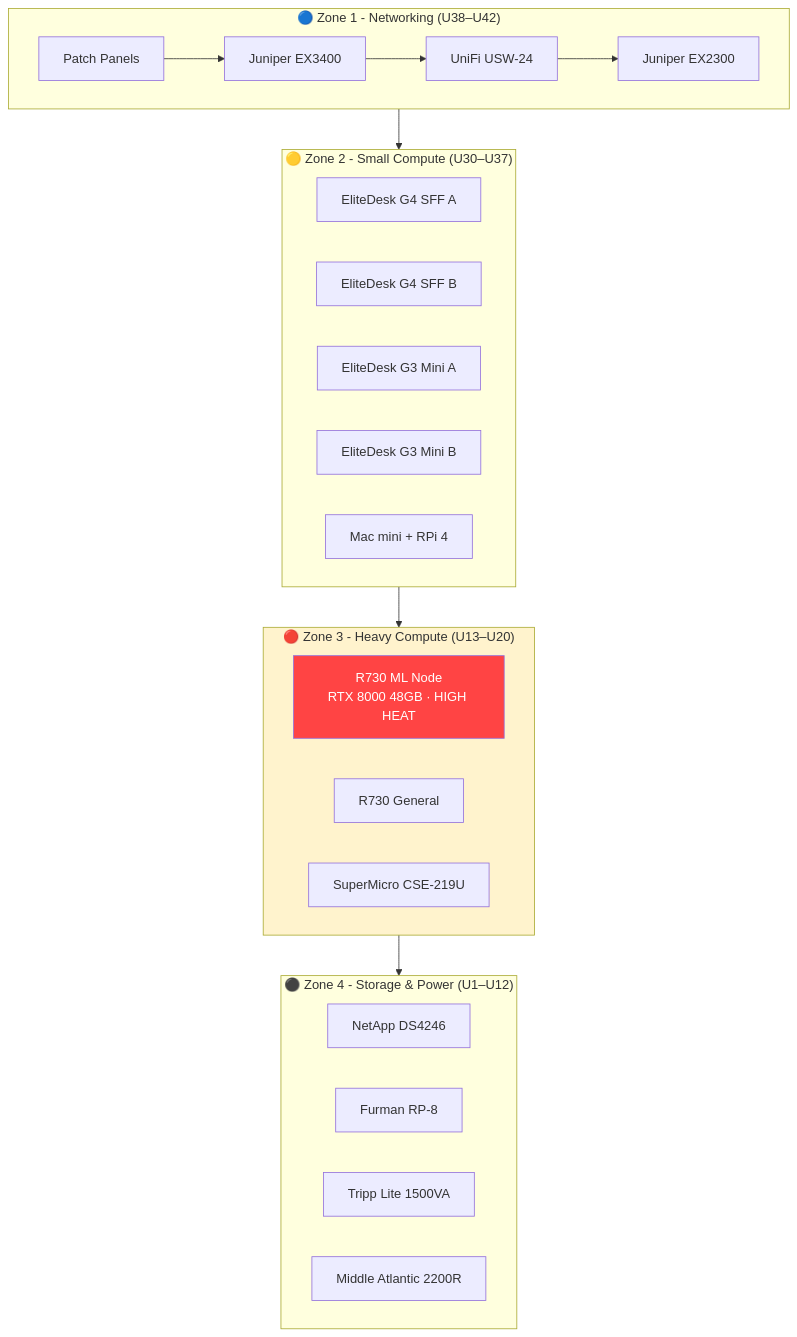
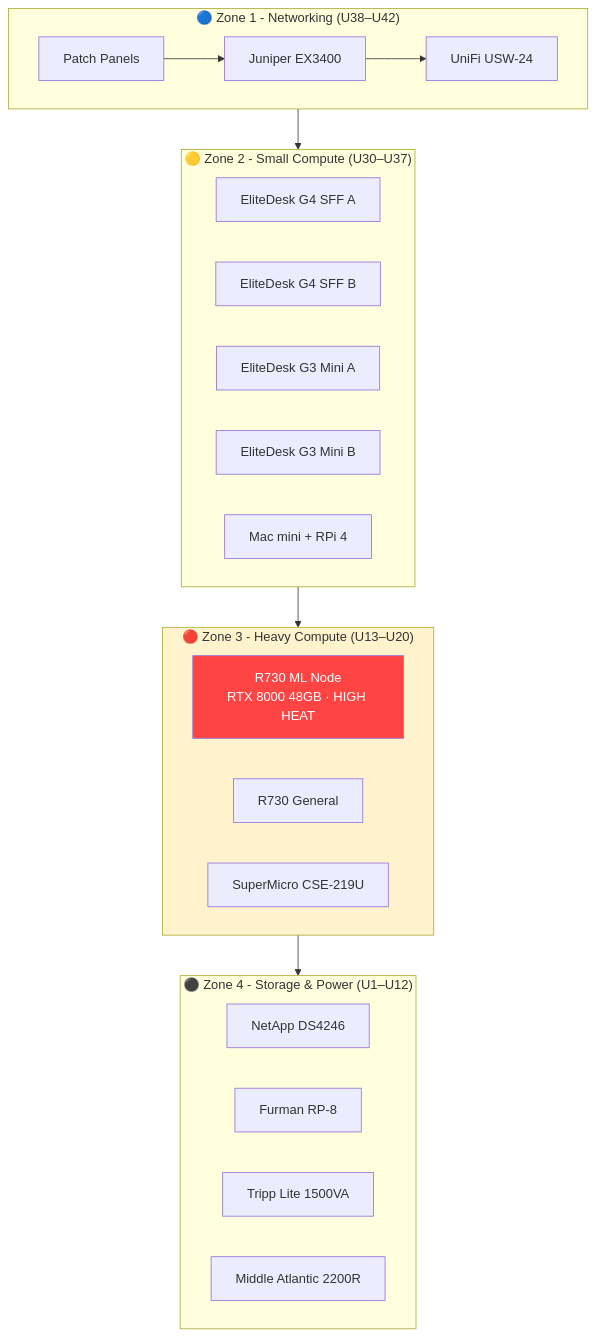
Before and after one commit to machismo0311/Home-Lab: the diagram in vault/Rack Layout.md, drawn with Mermaid. The commit also changed other lines of this file and 13 other files, not shown here.

````diff
--- a/vault/Rack Layout.md
+++ b/vault/Rack Layout.md
@@ -74,33 +74,32 @@
 ```mermaid
 flowchart TB
     subgraph TOP["🔵 Zone 1 - Networking (U38–U42)"]
         P1[Patch Panels] --> EX3400[Juniper EX3400]
         EX3400 --> USW[UniFi USW-24]
-        USW --> EX2300[Juniper EX2300]
     end
 
     subgraph MID_HIGH["🟡 Zone 2 - Small Compute (U30–U37)"]
         G4A[EliteDesk G4 SFF A] 
         G4B[EliteDesk G4 SFF B]
         G3A[EliteDesk G3 Mini A]
         G3B[EliteDesk G3 Mini B]
         MAC[Mac mini + RPi 4]
     end
 
     subgraph MID_LOW["🔴 Zone 3 - Heavy Compute (U13–U20)"]
         R730ML[R730 ML Node\nRTX 8000 48GB · HIGH HEAT]
         R730GEN[R730 General]
         SM[SuperMicro CSE-219U]
     end
 
     subgraph BOTTOM["⚫ Zone 4 - Storage & Power (U1–U12)"]
         DS4246[NetApp DS4246]
         FURMAN[Furman RP-8]
         UPS_A[Tripp Lite 1500VA]
         UPS_B[Middle Atlantic 2200R]
     end
 
     TOP --> MID_HIGH --> MID_LOW --> BOTTOM
     style R730ML fill:#ff4444,color:#fff
     style MID_LOW fill:#fff3cd
 ```
````
